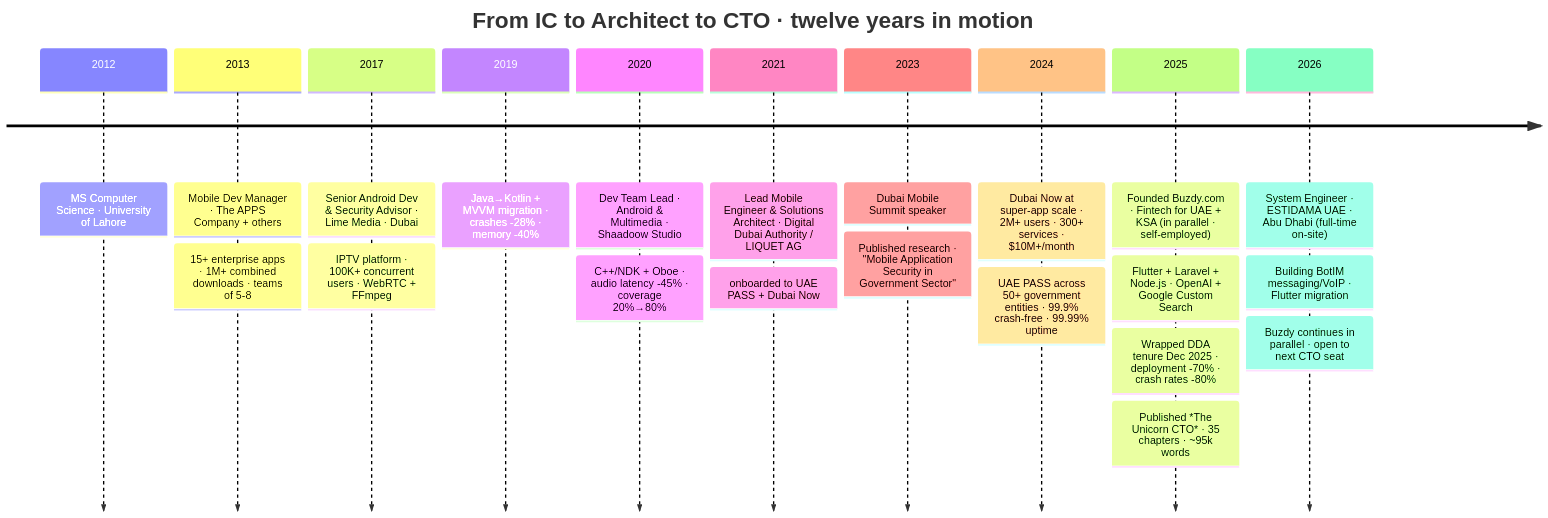
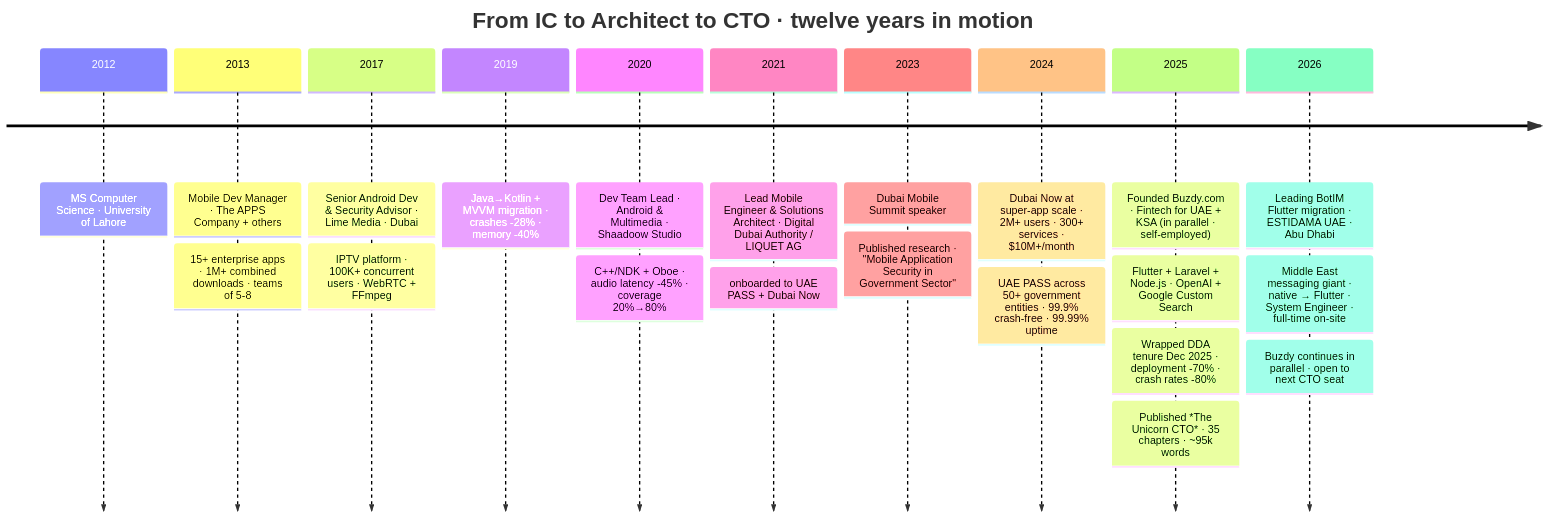
Before and after one commit to ziacto/ziacto: the diagram in README.md, drawn with Mermaid. The commit also changed other lines of this file and 1 other file, not shown here.

````diff
--- a/README.md
+++ b/README.md
@@ -365,25 +365,25 @@
 ```mermaid
 timeline
   title From IC to Architect to CTO · twelve years in motion
   2012 : MS Computer Science · University of Lahore
   2013 : Mobile Dev Manager · The APPS Company + others
        : 15+ enterprise apps · 1M+ combined downloads · teams of 5-8
   2017 : Senior Android Dev & Security Advisor · Lime Media · Dubai
        : IPTV platform · 100K+ concurrent users · WebRTC + FFmpeg
   2019 : Java→Kotlin + MVVM migration · crashes -28% · memory -40%
   2020 : Dev Team Lead · Android & Multimedia · Shaadoow Studio
        : C++/NDK + Oboe · audio latency -45% · coverage 20%→80%
   2021 : Lead Mobile Engineer & Solutions Architect · Digital Dubai Authority / LIQUET AG
        : onboarded to UAE PASS + Dubai Now
   2023 : Dubai Mobile Summit speaker
        : Published research · "Mobile Application Security in Government Sector"
   2024 : Dubai Now at super-app scale · 2M+ users · 300+ services · $10M+/month
        : UAE PASS across 50+ government entities · 99.9% crash-free · 99.99% uptime
   2025 : Founded Buzdy.com · Fintech for UAE + KSA (in parallel · self-employed)
        : Flutter + Laravel + Node.js · OpenAI + Google Custom Search
        : Wrapped DDA tenure Dec 2025 · deployment -70% · crash rates -80%
        : Published *The Unicorn CTO* · 35 chapters · ~95k words
-  2026 : System Engineer · ESTIDAMA UAE · Abu Dhabi (full-time on-site)
-       : Building BotIM messaging/VoIP · Flutter migration
+  2026 : Leading BotIM Flutter migration · ESTIDAMA UAE · Abu Dhabi
+       : Middle East messaging giant · native → Flutter · System Engineer · full-time on-site
        : Buzdy continues in parallel · open to next CTO seat
 ```
````
